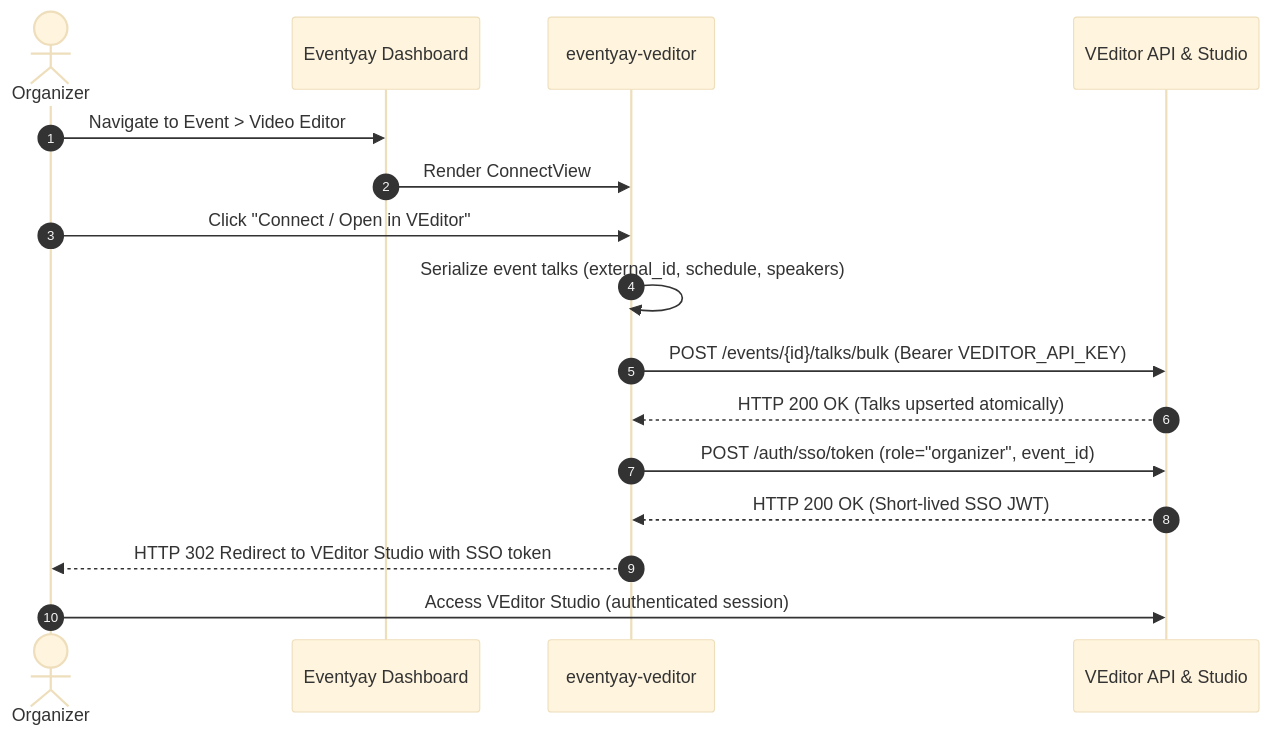
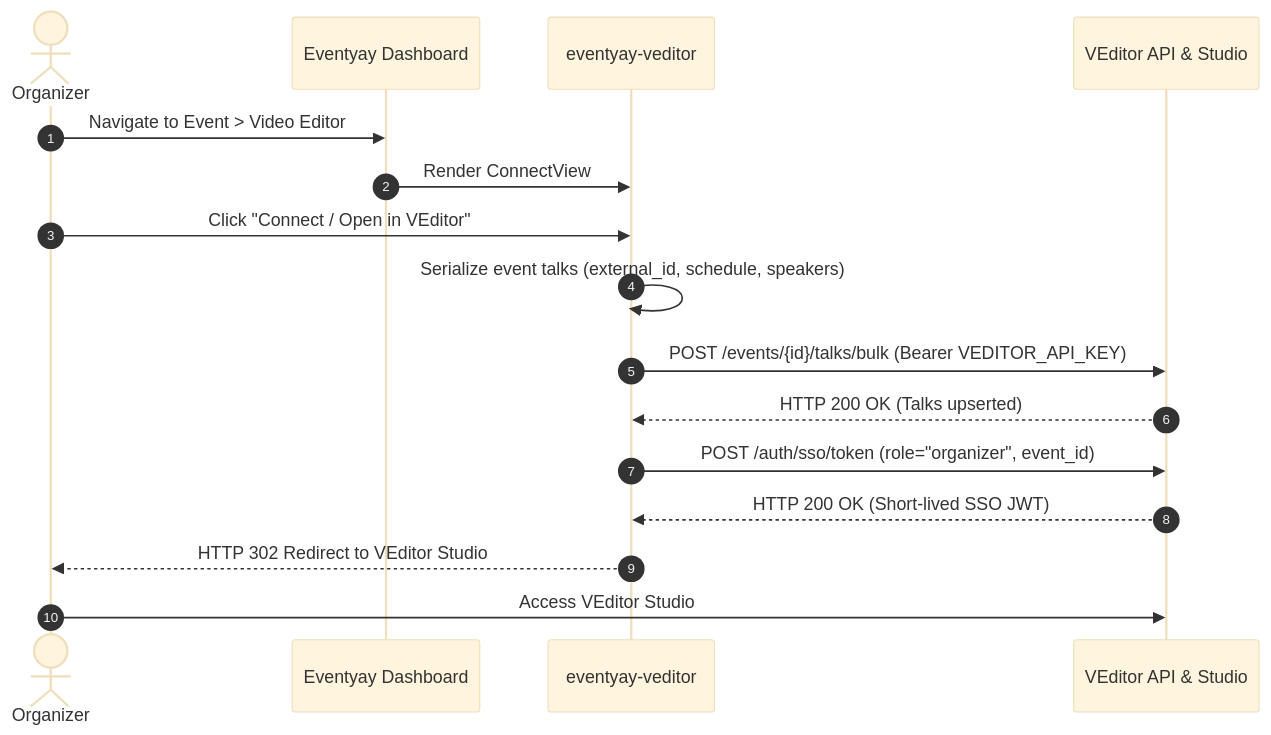
The first of 2 diagrams in README.md (SxxAq/eventyay-veditor), drawn with Mermaid (base theme) before and after one commit. The commit also changed other lines of this file and 1 other file, not shown here.

Commit message:
docs: streamline readme with setup guide and architecture reference

````diff
--- a/README.md
+++ b/README.md
@@ -39,19 +21,19 @@
 ```mermaid
 sequenceDiagram
     autonumber
     actor Organizer
     participant Eventyay as Eventyay Dashboard
     participant Plugin as eventyay-veditor
     participant VEditor as VEditor API & Studio
 
     Organizer->>Eventyay: Navigate to Event > Video Editor
     Eventyay->>Plugin: Render ConnectView
     Organizer->>Plugin: Click "Connect / Open in VEditor"
     Plugin->>Plugin: Serialize event talks (external_id, schedule, speakers)
     Plugin->>VEditor: POST /events/{id}/talks/bulk (Bearer VEDITOR_API_KEY)
-    VEditor-->>Plugin: HTTP 200 OK (Talks upserted atomically)
+    VEditor-->>Plugin: HTTP 200 OK (Talks upserted)
     Plugin->>VEditor: POST /auth/sso/token (role="organizer", event_id)
     VEditor-->>Plugin: HTTP 200 OK (Short-lived SSO JWT)
-    Plugin-->>Organizer: HTTP 302 Redirect to VEditor Studio with SSO token
-    Organizer->>VEditor: Access VEditor Studio (authenticated session)
+    Plugin-->>Organizer: HTTP 302 Redirect to VEditor Studio
+    Organizer->>VEditor: Access VEditor Studio
 ```
````
